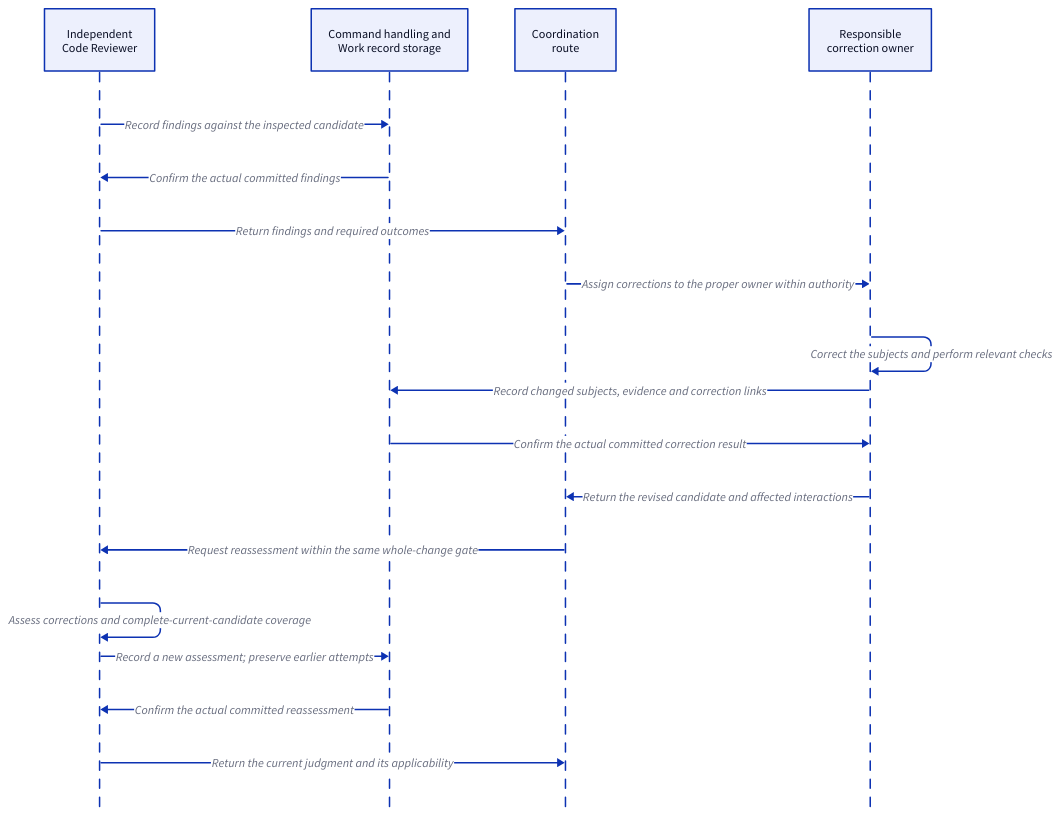
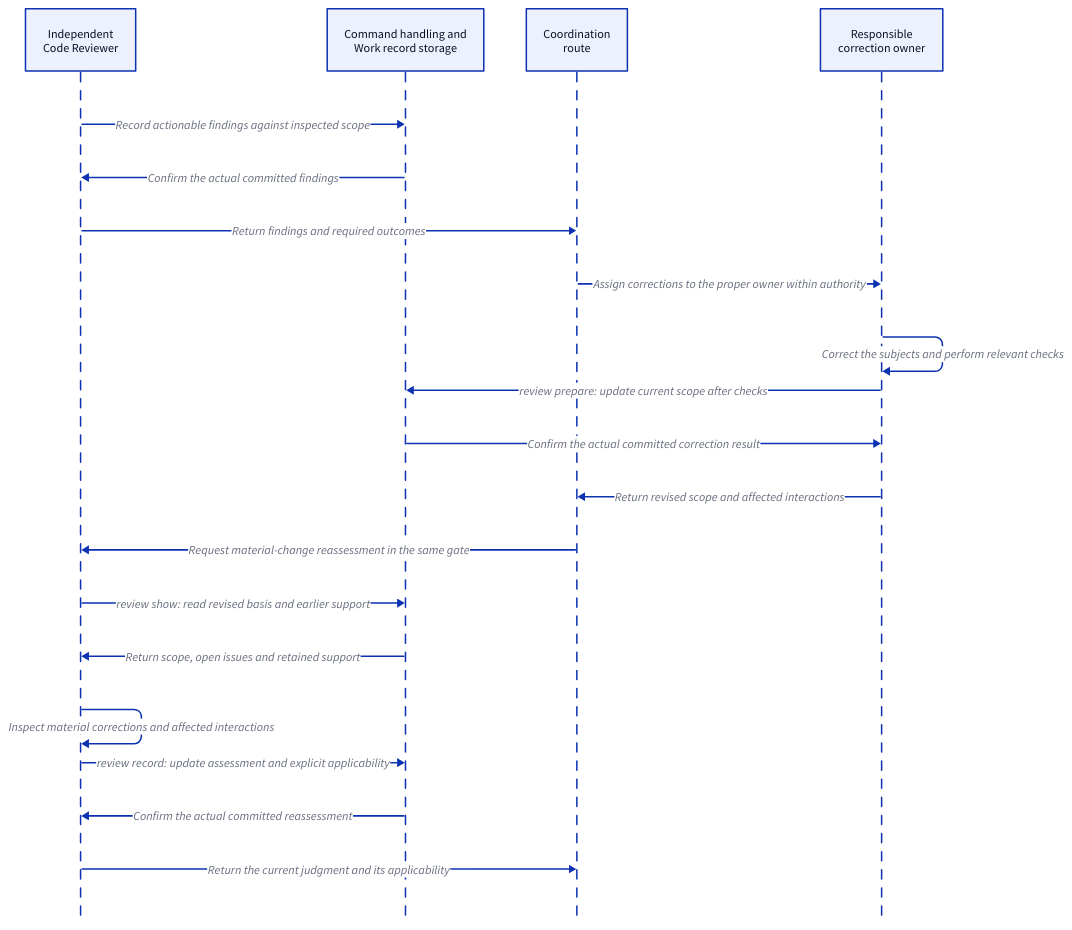
One commit to xiongxianfei/rigorloop changed the second of 2 diagrams in design/architecture/modules/MOD-017-engineering-governance/README.md. Above: the diagram before and after it, drawn with D2. The commit also changed other lines of this file and 141 other files, not shown here.

````diff
--- a/design/architecture/modules/MOD-017-engineering-governance/README.md
+++ b/design/architecture/modules/MOD-017-engineering-governance/README.md
@@ -45,20 +70,22 @@
 ```d2
 shape: sequence_diagram
 reviewer: "Independent\nCode Reviewer"
 records: "Command handling and\nWork record storage"
 route: "Coordination\nroute"
 owner: "Responsible\ncorrection owner"
-reviewer -> records: "Record findings against the inspected candidate"
+reviewer -> records: "Record actionable findings against inspected scope"
 records -> reviewer: "Confirm the actual committed findings"
 reviewer -> route: "Return findings and required outcomes"
 route -> owner: "Assign corrections to the proper owner within authority"
 owner -> owner: "Correct the subjects and perform relevant checks"
-owner -> records: "Record changed subjects, evidence and correction links"
+owner -> records: "review prepare: update current scope after checks"
 records -> owner: "Confirm the actual committed correction result"
-owner -> route: "Return the revised candidate and affected interactions"
-route -> reviewer: "Request reassessment within the same whole-change gate"
-reviewer -> reviewer: "Assess corrections and complete-current-candidate coverage"
-reviewer -> records: "Record a new assessment; preserve earlier attempts"
+owner -> route: "Return revised scope and affected interactions"
+route -> reviewer: "Request material-change reassessment in the same gate"
+reviewer -> records: "review show: read revised basis and earlier support"
+records -> reviewer: "Return scope, open issues and retained support"
+reviewer -> reviewer: "Inspect material corrections and affected interactions"
+reviewer -> records: "review record: update assessment and explicit applicability"
 records -> reviewer: "Confirm the actual committed reassessment"
 reviewer -> route: "Return the current judgment and its applicability"
 ```
````
